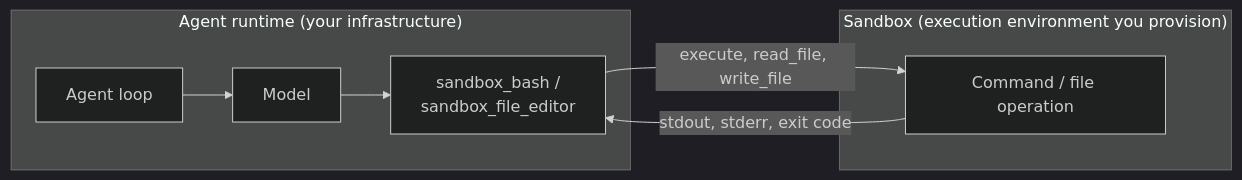
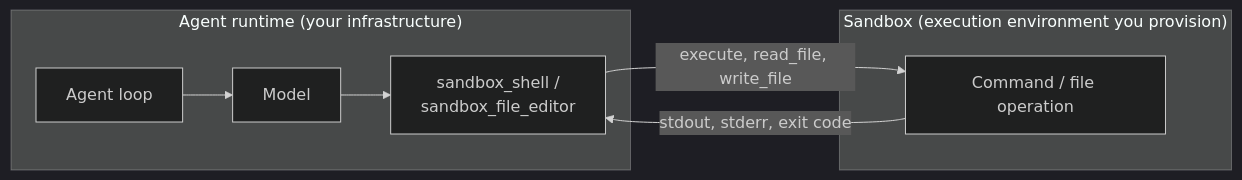
One commit to seniorgreencode/harness-sdk changed the diagram in site/src/content/docs/user-guide/concepts/sandbox/index.mdx. Above: the diagram before and after it, drawn with Mermaid (dark theme). The commit also changed other lines of this file and 31 other files, not shown here.

Commit message:
refactor(vended-tools)!: rename sandbox-routed bash tool to shell (#3574)

````diff
--- a/site/src/content/docs/user-guide/concepts/sandbox/index.mdx
+++ b/site/src/content/docs/user-guide/concepts/sandbox/index.mdx
@@ -22,14 +22,14 @@
 ```mermaid
 flowchart LR
     subgraph runtime["Agent runtime (your infrastructure)"]
         L[Agent loop]
         M[Model]
-        T["sandbox_bash /<br/>sandbox_file_editor"]
+        T["sandbox_shell /<br/>sandbox_file_editor"]
         L --> M --> T
     end
     subgraph sb["Sandbox (execution environment you provision)"]
         E[Command / file operation]
     end
     T -->|"execute, read_file, write_file"| E
     E -->|"stdout, stderr, exit code"| T
 ```
````
